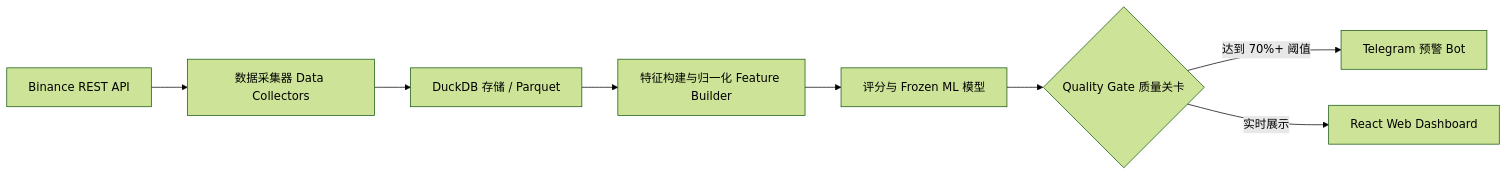
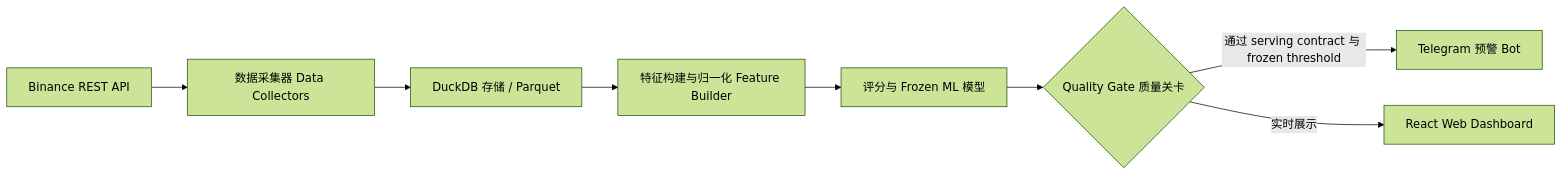
One commit to mrcanlaco/Dao-Vang-Peak-Pulse changed the diagram in README.zh-CN.md. Above: the diagram before and after it, drawn with Mermaid (forest theme). The commit also changed other lines of this file and 70 other files, not shown here.

````diff
--- a/README.zh-CN.md
+++ b/README.zh-CN.md
@@ -62,10 +64,10 @@
 ```mermaid
 flowchart LR
     A[Binance REST API] --> B[数据采集器 Data Collectors]
     B --> C[DuckDB 存储 / Parquet]
     C --> D[特征构建与归一化 Feature Builder]
     D --> E[评分与 Frozen ML 模型]
     E --> F{Quality Gate 质量关卡}
-    F -->|达到 70%+ 阈值| G[Telegram 预警 Bot]
+    F -->|通过 serving contract 与 frozen threshold| G[Telegram 预警 Bot]
     F -->|实时展示| H[React Web Dashboard]
 ```
````
